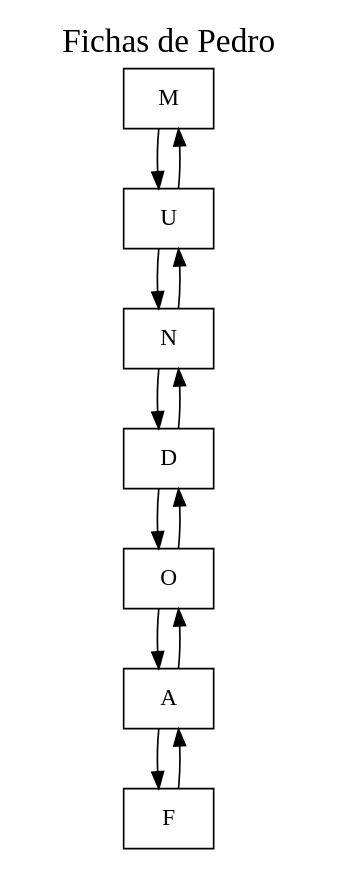
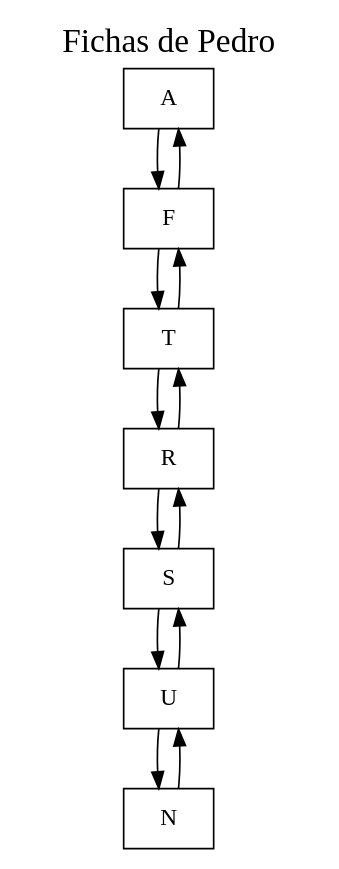
The diagram in EDD_Proyecto1/EDD_Proyecto1/LD_LetterPlayer.dot (elJuanjoRamos/EDD_1S2020_PY1_201801262), drawn with Graphviz before and after one commit. The commit also changed 25 other files, not shown here.

```diff
--- a/EDD_Proyecto1/EDD_Proyecto1/LD_LetterPlayer.dot
+++ b/EDD_Proyecto1/EDD_Proyecto1/LD_LetterPlayer.dot
@@ -1,22 +1,22 @@
 digraph G {graph[label="Fichas de Pedro", labelloc=t, fontsize=20]
 node[shape = box];
-Nodo0 [label = "M"];
-Nodo1 [label = "U"];
-Nodo2 [label = "N"];
-Nodo3 [label = "D"];
-Nodo4 [label = "O"];
-Nodo5 [label = "A"];
-Nodo6 [label = "F"];
+Nodo0 [label = "A"];
+Nodo1 [label = "F"];
+Nodo2 [label = "T"];
+Nodo3 [label = "R"];
+Nodo4 [label = "S"];
+Nodo5 [label = "U"];
+Nodo6 [label = "N"];
 Nodo0->Nodo1;
 Nodo1->Nodo0;
 Nodo1->Nodo2;
 Nodo2->Nodo1;
 Nodo2->Nodo3;
 Nodo3->Nodo2;
 Nodo3->Nodo4;
 Nodo4->Nodo3;
 Nodo4->Nodo5;
 Nodo5->Nodo4;
 Nodo5->Nodo6;
 Nodo6->Nodo5;
 }
```
